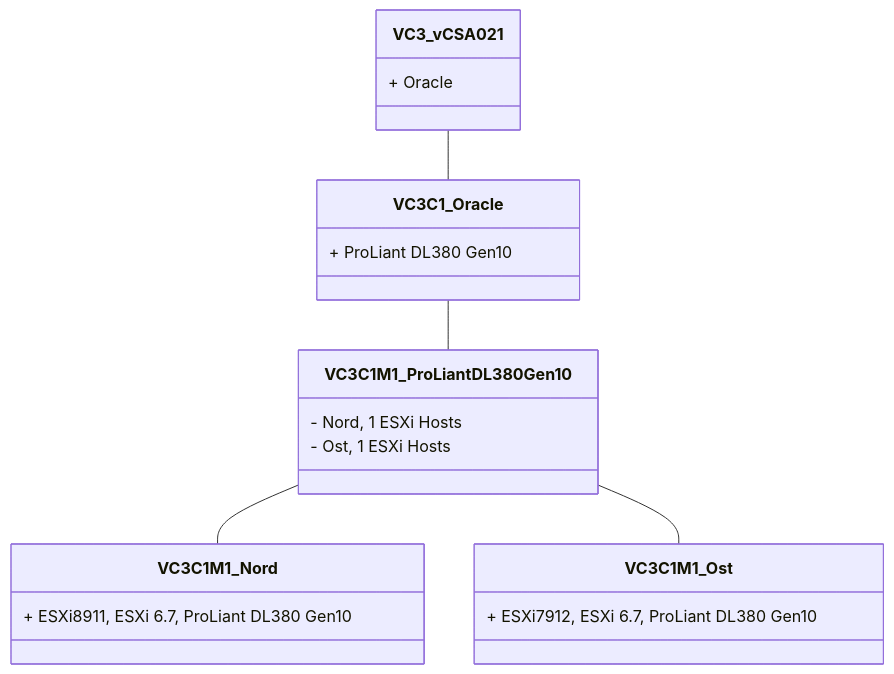
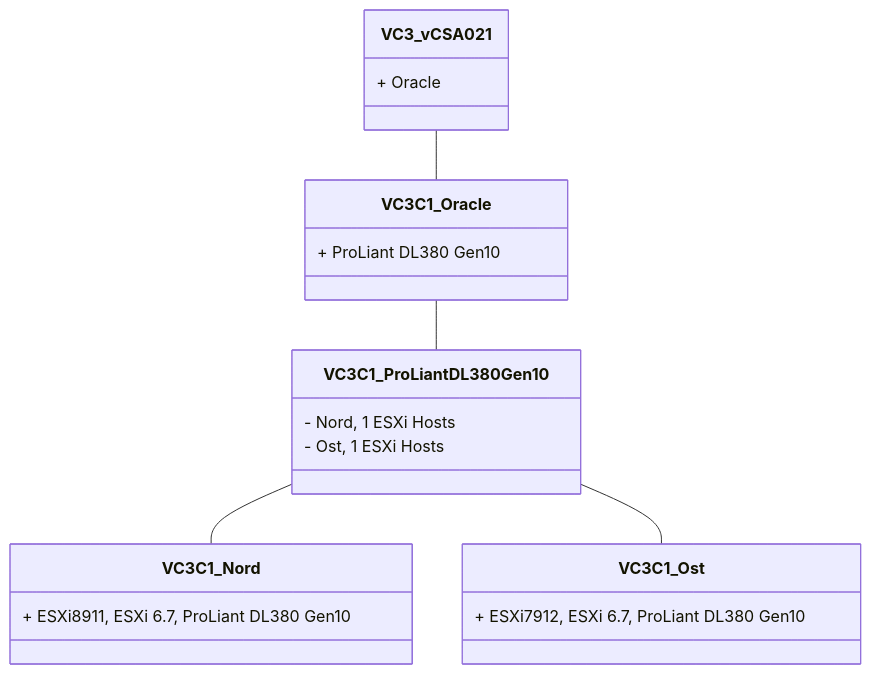
The third of 4 diagrams in Markdown ESXiHost Inventory.md (tinuwalther/PSXiDiag), drawn with Mermaid before and after one commit. The commit also changed other lines of this file and 14 other files, not shown here.

`````diff
--- a/Markdown ESXiHost Inventory.md
+++ b/Markdown ESXiHost Inventory.md
@@ -90,13 +90,13 @@
 ````mermaid
 classDiagram
 VC3_vCSA021 -- VC3C1_Oracle
 VC3_vCSA021 : + Oracle
 VC3C1_Oracle : + ProLiant DL380 Gen10
-VC3C1_Oracle -- VC3C1M1_ProLiant DL380 Gen10
-VC3C1M1_ProLiant DL380 Gen10 : - Nord, 1 ESXi Hosts
-VC3C1M1_ProLiant DL380 Gen10 -- VC3C1M1_Nord
-VC3C1M1_Nord : + ESXi8911, ESXi 6.7, ProLiant DL380 Gen10
-VC3C1M1_ProLiant DL380 Gen10 : - Ost, 1 ESXi Hosts
-VC3C1M1_ProLiant DL380 Gen10 -- VC3C1M1_Ost
-VC3C1M1_Ost : + ESXi7912, ESXi 6.7, ProLiant DL380 Gen10
+VC3C1_Oracle -- VC3C1_ProLiant DL380 Gen10
+VC3C1_ProLiant DL380 Gen10 : - Nord, 1 ESXi Hosts
+VC3C1_ProLiant DL380 Gen10 -- VC3C1_Nord
+VC3C1_Nord : + ESXi8911, ESXi 6.7, ProLiant DL380 Gen10
+VC3C1_ProLiant DL380 Gen10 : - Ost, 1 ESXi Hosts
+VC3C1_ProLiant DL380 Gen10 -- VC3C1_Ost
+VC3C1_Ost : + ESXi7912, ESXi 6.7, ProLiant DL380 Gen10
 ````
`````
